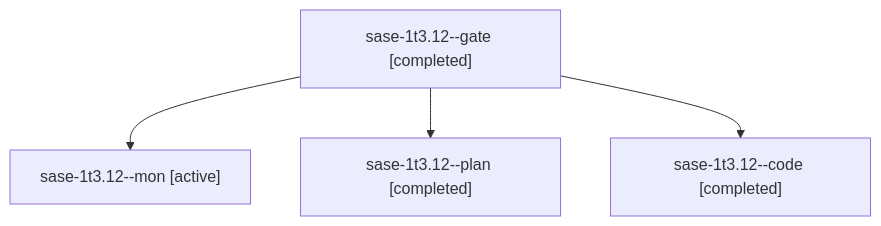
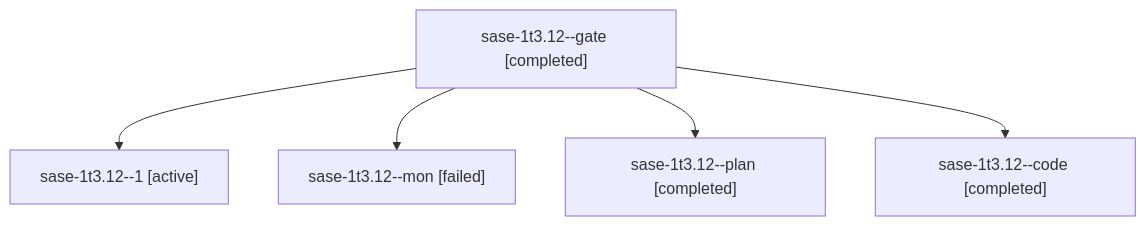
The diagram in sessions/bbugyi200.athena.sase-1t3.12.md (sase-org/sase--agents), drawn with Mermaid before and after one commit. The commit also changed other lines of this file and 52 other files, not shown here.

````diff
--- a/sessions/bbugyi200.athena.sase-1t3.12.md
+++ b/sessions/bbugyi200.athena.sase-1t3.12.md
@@ -9,10 +9,12 @@
 ```mermaid
 flowchart TD
   n0["sase-1t3.12--gate [completed]"]
-  n1["sase-1t3.12--mon [active]"]
+  n1["sase-1t3.12--1 [active]"]
   n0 --> n1
-  n2["sase-1t3.12--plan [completed]"]
+  n2["sase-1t3.12--mon [failed]"]
   n0 --> n2
-  n3["sase-1t3.12--code [completed]"]
+  n3["sase-1t3.12--plan [completed]"]
   n0 --> n3
+  n4["sase-1t3.12--code [completed]"]
+  n0 --> n4
 ```
````
